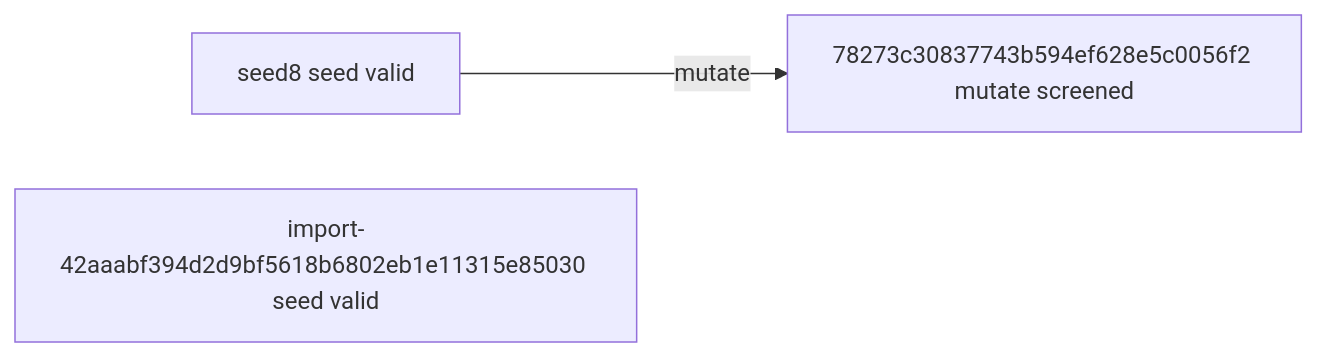
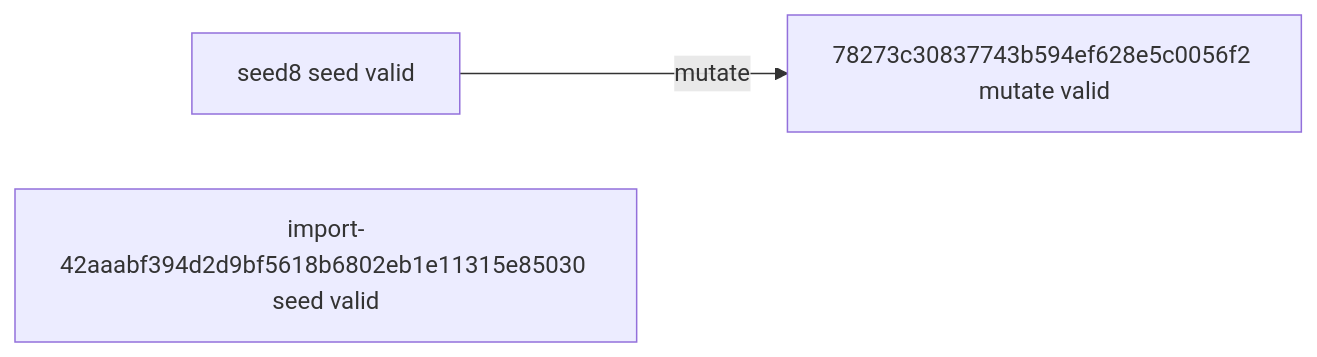
Before and after one commit to timbtz/feyer-search-lab: the diagram in experiments/campaigns/discrete-local-v1/README.md, drawn with Mermaid. The commit also changed other lines of this file and 7 other files, not shown here.

````diff
--- a/experiments/campaigns/discrete-local-v1/README.md
+++ b/experiments/campaigns/discrete-local-v1/README.md
@@ -21,7 +21,7 @@
 ```mermaid
 graph LR
   n0["seed8 seed valid"]
   n1["import-42aaabf394d2d9bf5618b6802eb1e11315e85030 seed valid"]
-  n2["78273c30837743b594ef628e5c0056f2 mutate screened"]
+  n2["78273c30837743b594ef628e5c0056f2 mutate valid"]
   n0 -->|mutate| n2
 ```
````
